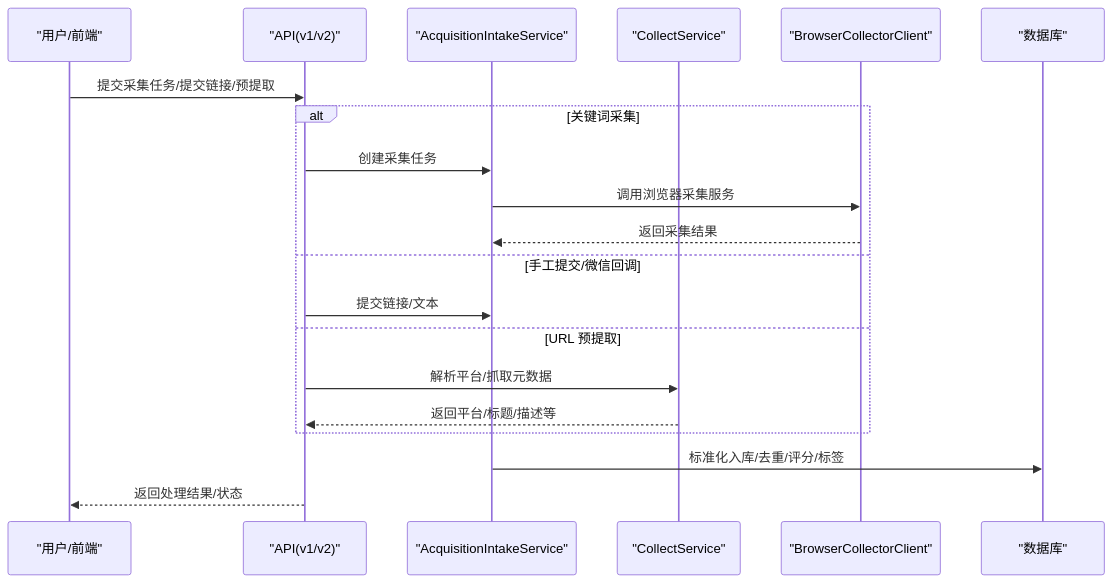
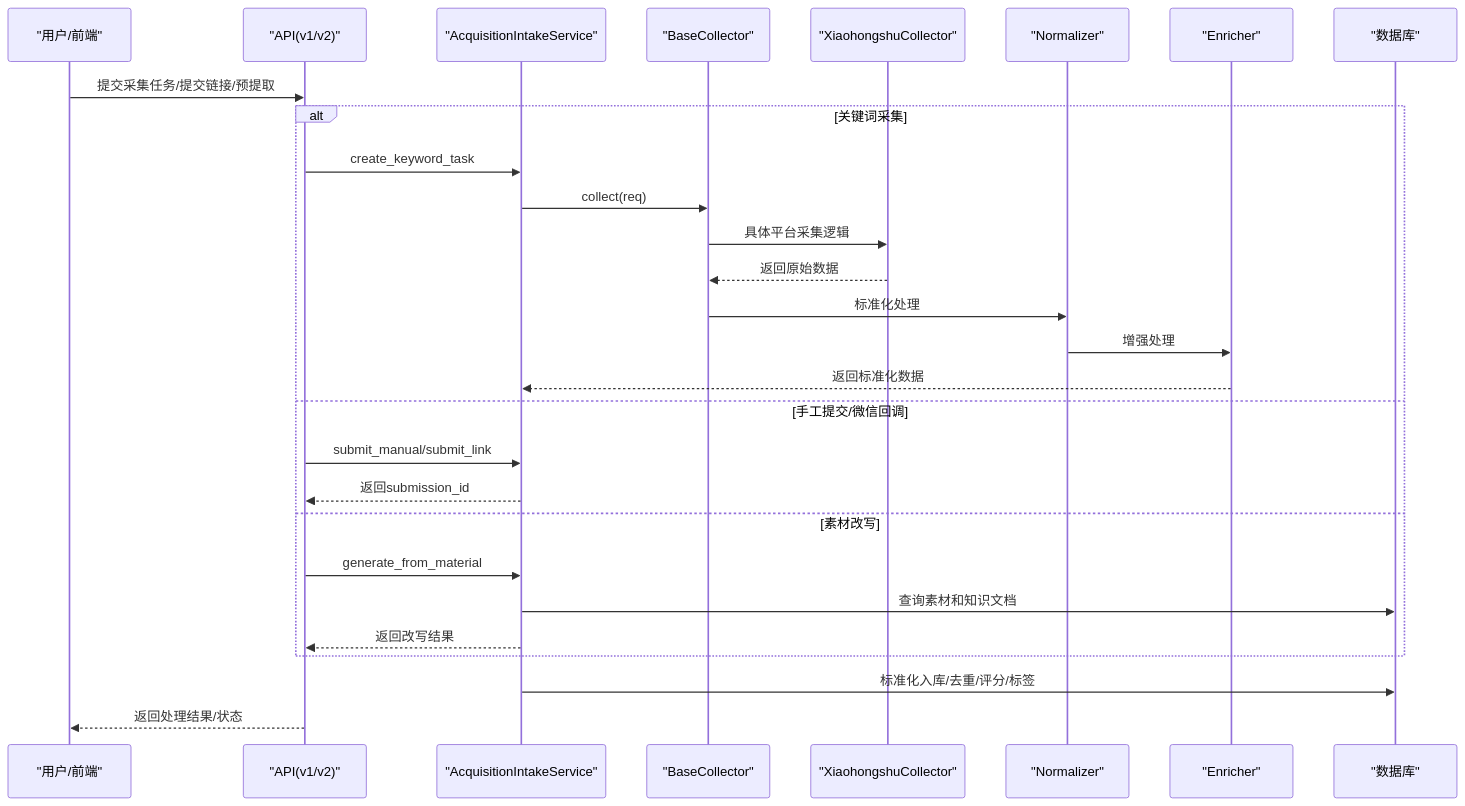
One commit to dream-ze/AI_huoke- changed the second of 8 diagrams in .qoder/repowiki/zh/content/内容采集系统/内容采集系统.md. Above: the diagram before and after it, drawn with Mermaid. The commit also changed other lines of this file and 52 other files, not shown here.

````diff
--- a/.qoder/repowiki/zh/content/内容采集系统/内容采集系统.md
+++ b/.qoder/repowiki/zh/content/内容采集系统/内容采集系统.md
@@ -109,22 +124,30 @@
 ```mermaid
 sequenceDiagram
 participant U as "用户/前端"
 participant API as "API(v1/v2)"
-participant AIS as "AcquisitionIntakeService"
-participant CS as "CollectService"
-participant BCC as "BrowserCollectorClient"
+participant AC as "AcquisitionIntakeService"
+participant BC as "BaseCollector"
+participant XC as "XiaohongshuCollector"
+participant NF as "Normalizer"
+participant EN as "Enricher"
 participant DB as "数据库"
 U->>API : 提交采集任务/提交链接/预提取
 alt 关键词采集
-API->>AIS : 创建采集任务
-AIS->>BCC : 调用浏览器采集服务
-BCC-->>AIS : 返回采集结果
+API->>AC : create_keyword_task
+AC->>BC : collect(req)
+BC->>XC : 具体平台采集逻辑
+XC-->>BC : 返回原始数据
+BC->>NF : 标准化处理
+NF->>EN : 增强处理
+EN-->>AC : 返回标准化数据
 else 手工提交/微信回调
-API->>AIS : 提交链接/文本
-else URL 预提取
-API->>CS : 解析平台/抓取元数据
-CS-->>API : 返回平台/标题/描述等
+API->>AC : submit_manual/submit_link
+AC-->>API : 返回submission_id
+else 素材改写
+API->>AC : generate_from_material
+AC->>DB : 查询素材和知识文档
+AC-->>API : 返回改写结果
 end
-AIS->>DB : 标准化入库/去重/评分/标签
+AC->>DB : 标准化入库/去重/评分/标签
 API-->>U : 返回处理结果/状态
 ```
````
